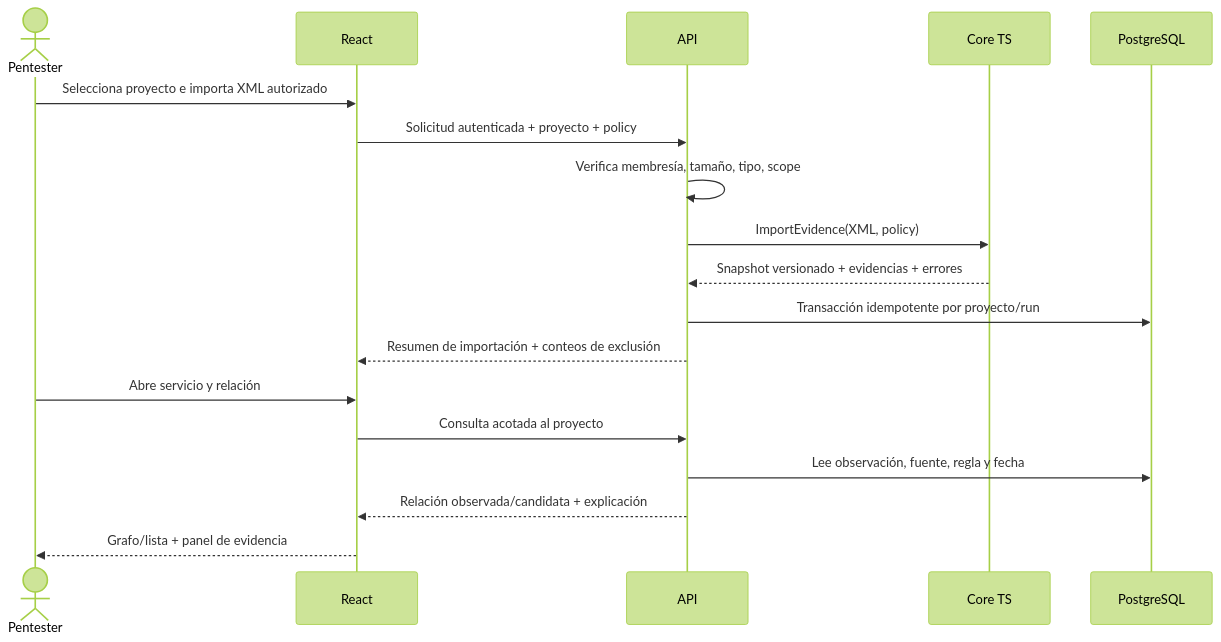
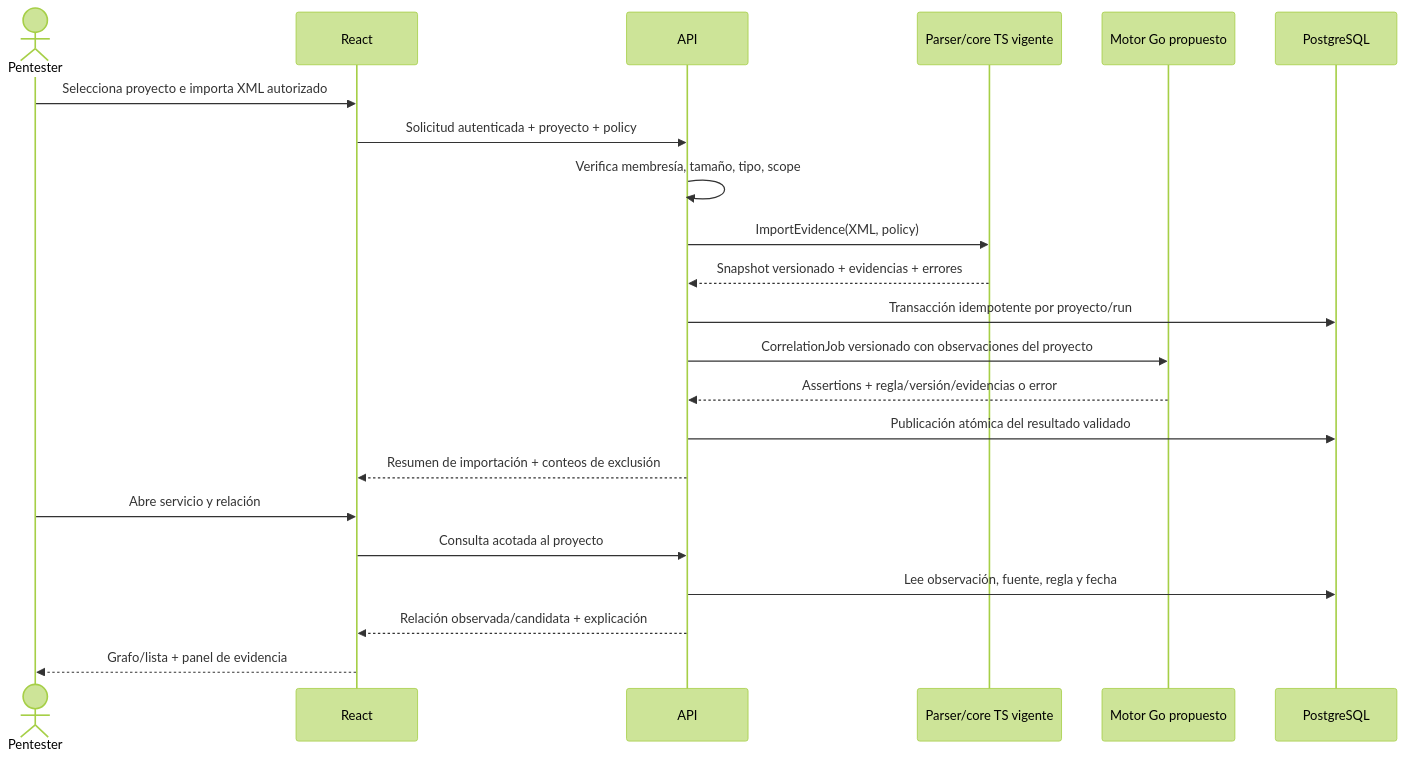
One commit to CyberStill-GmbH/CHEF changed the third of 3 diagrams in docs/architecture/proposed-web.md. Above: the diagram before and after it, drawn with Mermaid (forest theme). The commit also changed other lines of this file and 26 other files, not shown here.

First line of the commit message:
docs(architecture): define Node-Go boundary and OSINT priorities

````diff
--- a/docs/architecture/proposed-web.md
+++ b/docs/architecture/proposed-web.md
@@ -40,20 +43,24 @@
 ```mermaid
 sequenceDiagram
   actor P as Pentester
   participant W as React
   participant A as API
-  participant C as Core TS
+  participant C as Parser/core TS vigente
+  participant G as Motor Go propuesto
   participant D as PostgreSQL
   P->>W: Selecciona proyecto e importa XML autorizado
   W->>A: Solicitud autenticada + proyecto + policy
   A->>A: Verifica membresía, tamaño, tipo, scope
   A->>C: ImportEvidence(XML, policy)
   C-->>A: Snapshot versionado + evidencias + errores
   A->>D: Transacción idempotente por proyecto/run
+  A->>G: CorrelationJob versionado con observaciones del proyecto
+  G-->>A: Assertions + regla/versión/evidencias o error
+  A->>D: Publicación atómica del resultado validado
   A-->>W: Resumen de importación + conteos de exclusión
   P->>W: Abre servicio y relación
   W->>A: Consulta acotada al proyecto
   A->>D: Lee observación, fuente, regla y fecha
   A-->>W: Relación observada/candidata + explicación
   W-->>P: Grafo/lista + panel de evidencia
 ```
````
